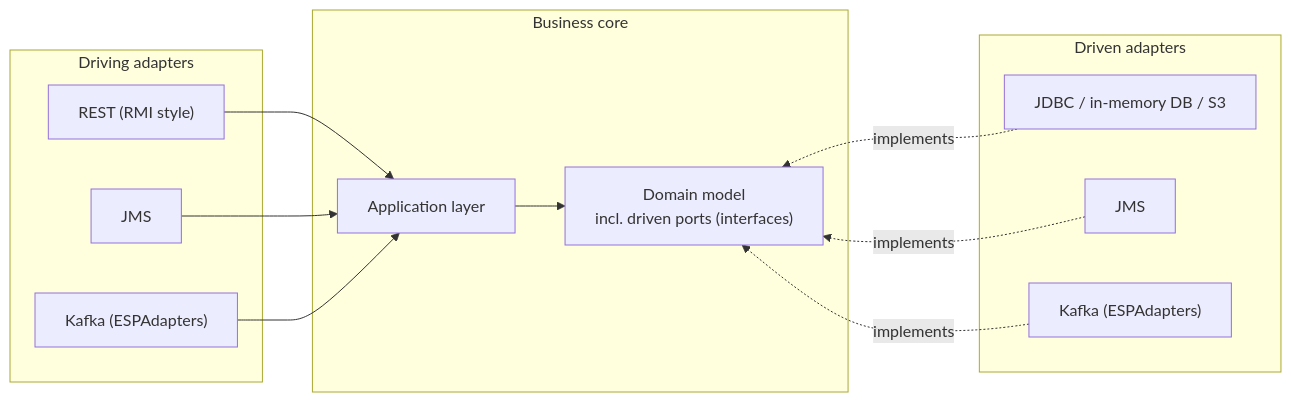
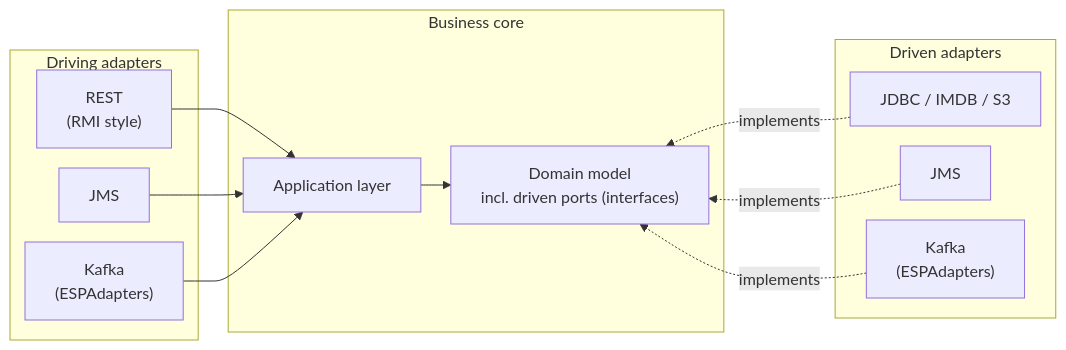
One commit to jexxa-projects/Jexxa changed the diagram in README.md. Above: the diagram before and after it, drawn with Mermaid. The commit also changed other lines of this file, not shown here.

Commit message:
Chore(docu) cleanup Mermaid diagram

````diff
--- a/README.md
+++ b/README.md
@@ -114,36 +113,36 @@
 ```mermaid
+%%{init: {'flowchart': {'rankSpacing': 30, 'nodeSpacing': 20}}}%%
 flowchart LR
     subgraph Driving["Driving adapters"]
-        REST["REST (RMI style)"]
+        REST["REST \n(RMI style)"]
         JMS_IN["JMS"]
-        KAFKA_IN["Kafka (ESPAdapters)"]
+        KAFKA_IN["Kafka \n(ESPAdapters)"]
     end
 
     subgraph Core["Business core"]
         APP["Application layer"]
         DOMAIN["Domain model<br/>incl. driven ports (interfaces)"]
         APP --> DOMAIN
     end
 
     subgraph Driven["Driven adapters"]
-        JDBC["JDBC / in-memory DB / S3"]
+        JDBC["JDBC / IMDB / S3"]
         JMS["JMS "]
-        KAFKA["Kafka (ESPAdapters)"]
+        KAFKA["Kafka \n(ESPAdapters)"]
     end
 
     REST --> APP
     JMS_IN --> APP
     KAFKA_IN --> APP
 
 %% Unsichtbare Linien halten die "Driven"-Boxen rechts fest:
     DOMAIN ~~~ JDBC
     DOMAIN ~~~ JMS
     DOMAIN ~~~ KAFKA
 
 %% Die Pfeile werden von rechts nach links geschrieben, zeigen also nach links zum Core:
     JDBC -.-> |implements| DOMAIN
     JMS -.-> |implements| DOMAIN
     KAFKA -.-> |implements| DOMAIN
 
-
 ```
````
